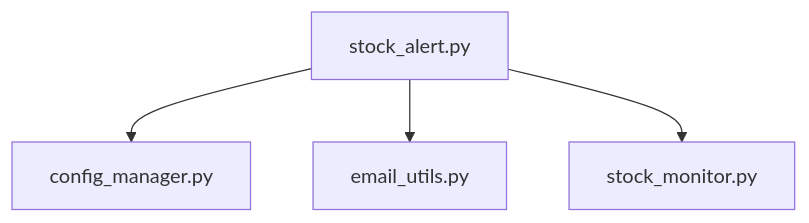
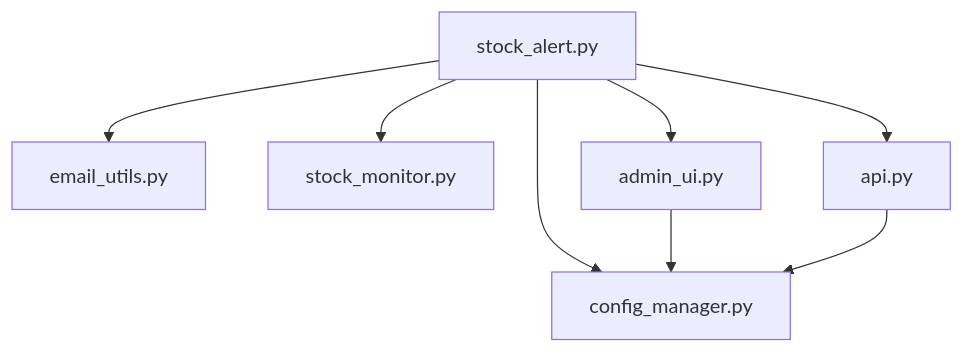
The first of 2 diagrams in README.md (unterfertigter/stockalerts), drawn with Mermaid before and after one commit. The commit also changed other lines of this file, not shown here.

Commit message:
Update README to reflect changes in service logic flow and admin UI functionality

````diff
--- a/README.md
+++ b/README.md
@@ -55,6 +55,10 @@
 ```mermaid
 graph TD;
     stock_alert.py --> config_manager.py;
     stock_alert.py --> email_utils.py;
     stock_alert.py --> stock_monitor.py;
+    stock_alert.py --> admin_ui.py;
+    stock_alert.py --> api.py;
+    admin_ui.py --> config_manager.py;
+    api.py --> config_manager.py;
 ```
````
